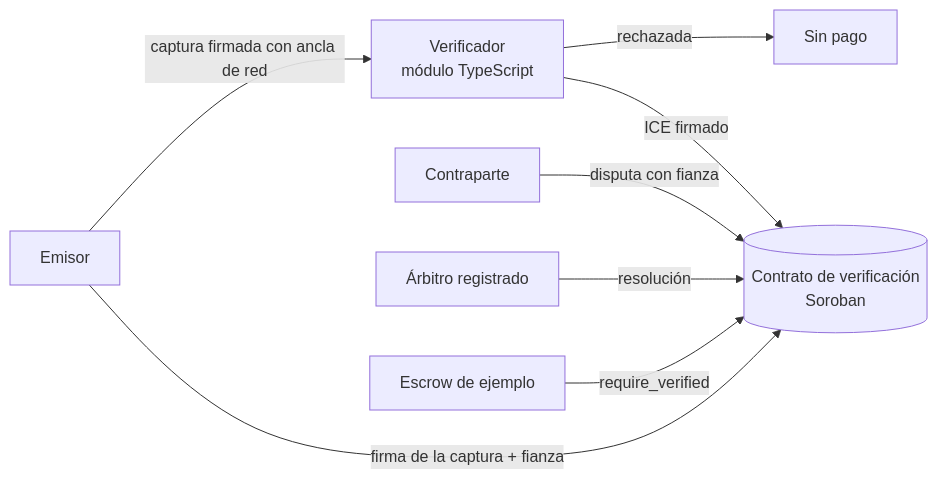
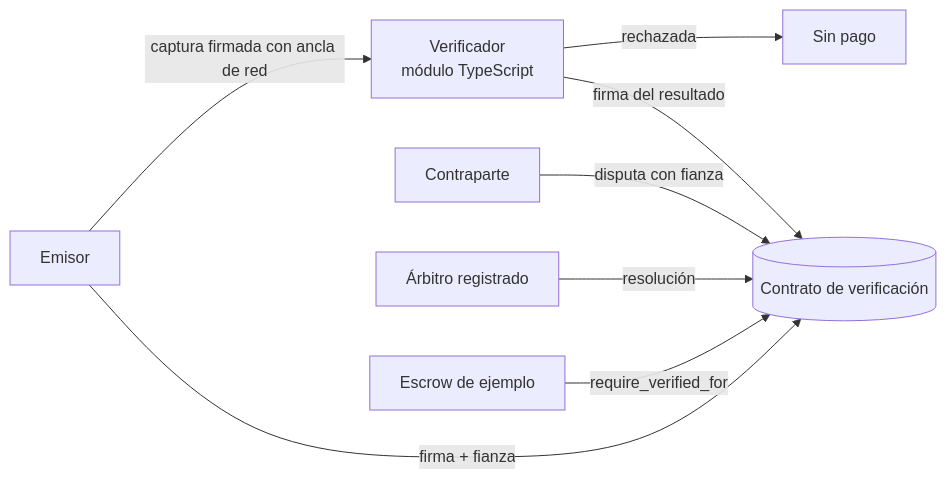
One commit to jfacundoayala/fidedigno changed the diagram in docs/ARQUITECTURA.md. Above: the diagram before and after it, drawn with Mermaid. The commit also changed other lines of this file and 6 other files, not shown here.

````diff
--- a/docs/ARQUITECTURA.md
+++ b/docs/ARQUITECTURA.md
@@ -5,10 +3,10 @@
 ```mermaid
 flowchart LR
   E[Emisor] -->|captura firmada con ancla de red| V[Verificador<br/>módulo TypeScript]
   V -->|rechazada| X[Sin pago]
-  E -->|firma de la captura + fianza| C[(Contrato de verificación<br/>Soroban)]
-  V -->|ICE firmado| C
+  E -->|firma + fianza| C[(Contrato de verificación)]
+  V -->|firma del resultado| C
   D[Contraparte] -->|disputa con fianza| C
   A[Árbitro registrado] -->|resolución| C
-  S[Escrow de ejemplo] -->|require_verified| C
+  S[Escrow de ejemplo] -->|require_verified_for| C
 ```
````
